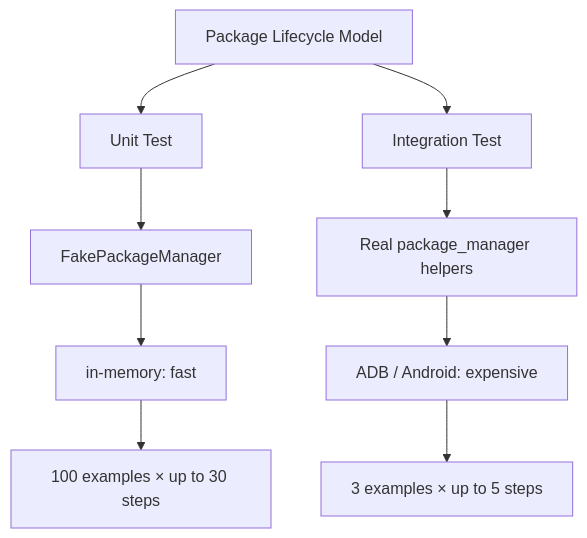
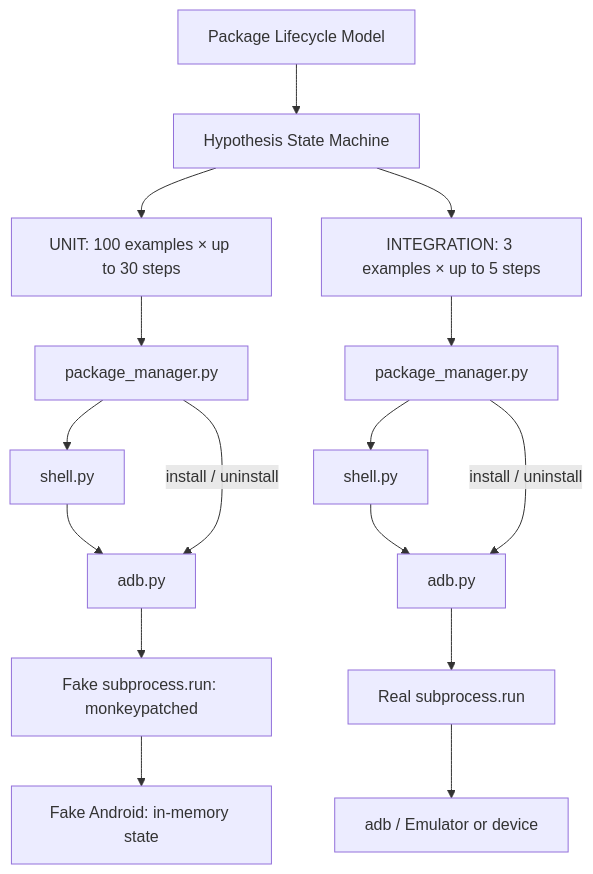
One commit to andrew771027/android-cookbook changed the second of 2 diagrams in docs/receipes/v0.4.1-package-lifecycle.md. Above: the diagram before and after it, drawn with Mermaid. The commit also changed other lines of this file and 1 other file, not shown here.

Commit message:
update v0.4.1 unit test package manager state machine

````diff
--- a/docs/receipes/v0.4.1-package-lifecycle.md
+++ b/docs/receipes/v0.4.1-package-lifecycle.md
@@ -193,11 +194,18 @@
 ```mermaid
 flowchart TD
-    Model["Package Lifecycle Model"] --> Unit["Unit Test"]
-    Model --> Integration["Integration Test"]
-    Unit --> Fake["FakePackageManager"]
-    Fake --> Memory["in-memory: fast"]
-    Memory --> UnitBudget["100 examples × up to 30 steps"]
-    Integration --> Real["Real package_manager helpers"]
-    Real --> Android["ADB / Android: expensive"]
-    Android --> IntegrationBudget["3 examples × up to 5 steps"]
+    Model["Package Lifecycle Model"] --> Hypothesis["Hypothesis State Machine"]
+    Hypothesis --> Unit["UNIT: 100 examples × up to 30 steps"]
+    Hypothesis --> Integration["INTEGRATION: 3 examples × up to 5 steps"]
+    Unit --> UnitPM["package_manager.py"]
+    Integration --> RealPM["package_manager.py"]
+    UnitPM --> UnitShell["shell.py"]
+    RealPM --> RealShell["shell.py"]
+    UnitShell --> UnitADB["adb.py"]
+    RealShell --> RealADB["adb.py"]
+    UnitPM -->|install / uninstall| UnitADB
+    RealPM -->|install / uninstall| RealADB
+    UnitADB --> FakeRun["Fake subprocess.run: monkeypatched"]
+    RealADB --> RealRun["Real subprocess.run"]
+    FakeRun --> FakeAndroid["Fake Android: in-memory state"]
+    RealRun --> Android["adb / Emulator or device"]
 ```
````
